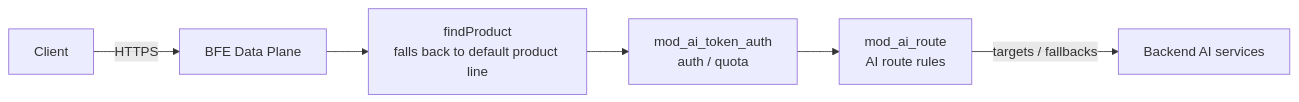
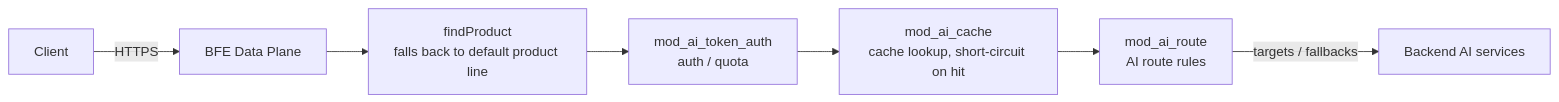
Before and after one commit to mileszhang2016/rainway-book: the first of 2 diagrams in en_us/design/chapter11-ai-route-rules.md, drawn with Mermaid. The commit also changed other lines of this file and 47 other files, not shown here.

````diff
--- a/en_us/design/chapter11-ai-route-rules.md
+++ b/en_us/design/chapter11-ai-route-rules.md
@@ -23,8 +24,9 @@
 ```mermaid
 flowchart LR
     Client -->|HTTPS| BFE[BFE Data Plane]
     BFE --> findProduct[findProduct\nfalls back to default product line]
     findProduct --> mod_auth[mod_ai_token_auth<br/>auth / quota]
-    mod_auth --> mod_route[mod_ai_route<br/>AI route rules]
+    mod_auth --> mod_cache[mod_ai_cache<br/>cache lookup, short-circuit on hit]
+    mod_cache --> mod_route[mod_ai_route<br/>AI route rules]
     mod_route -->|targets / fallbacks| Backend[Backend AI services]
 ```
````
